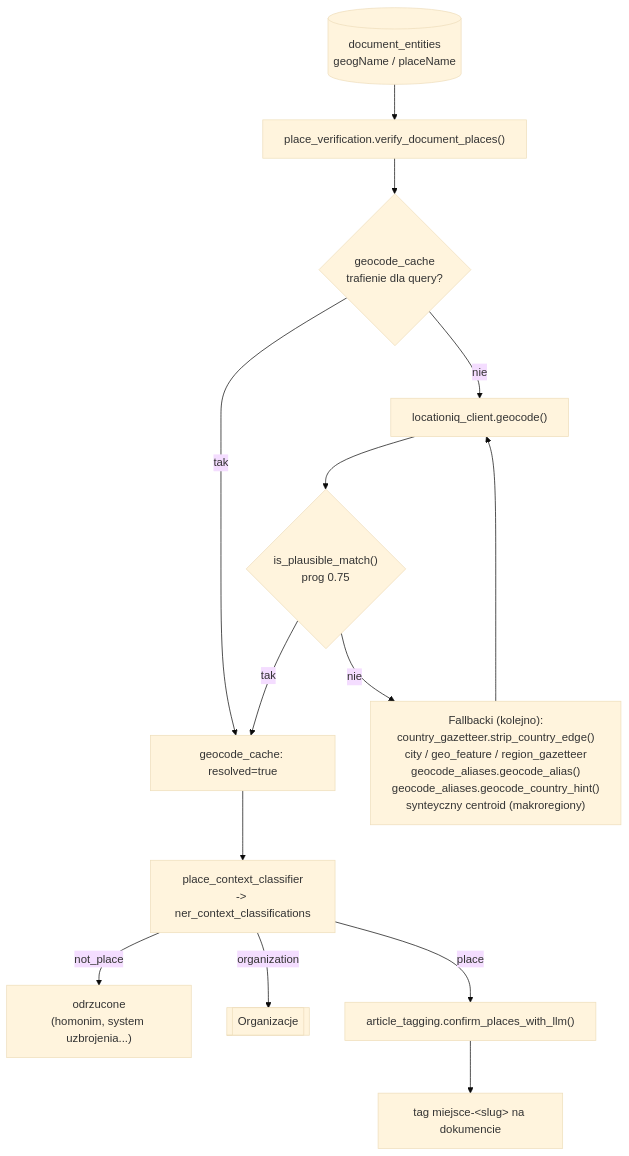
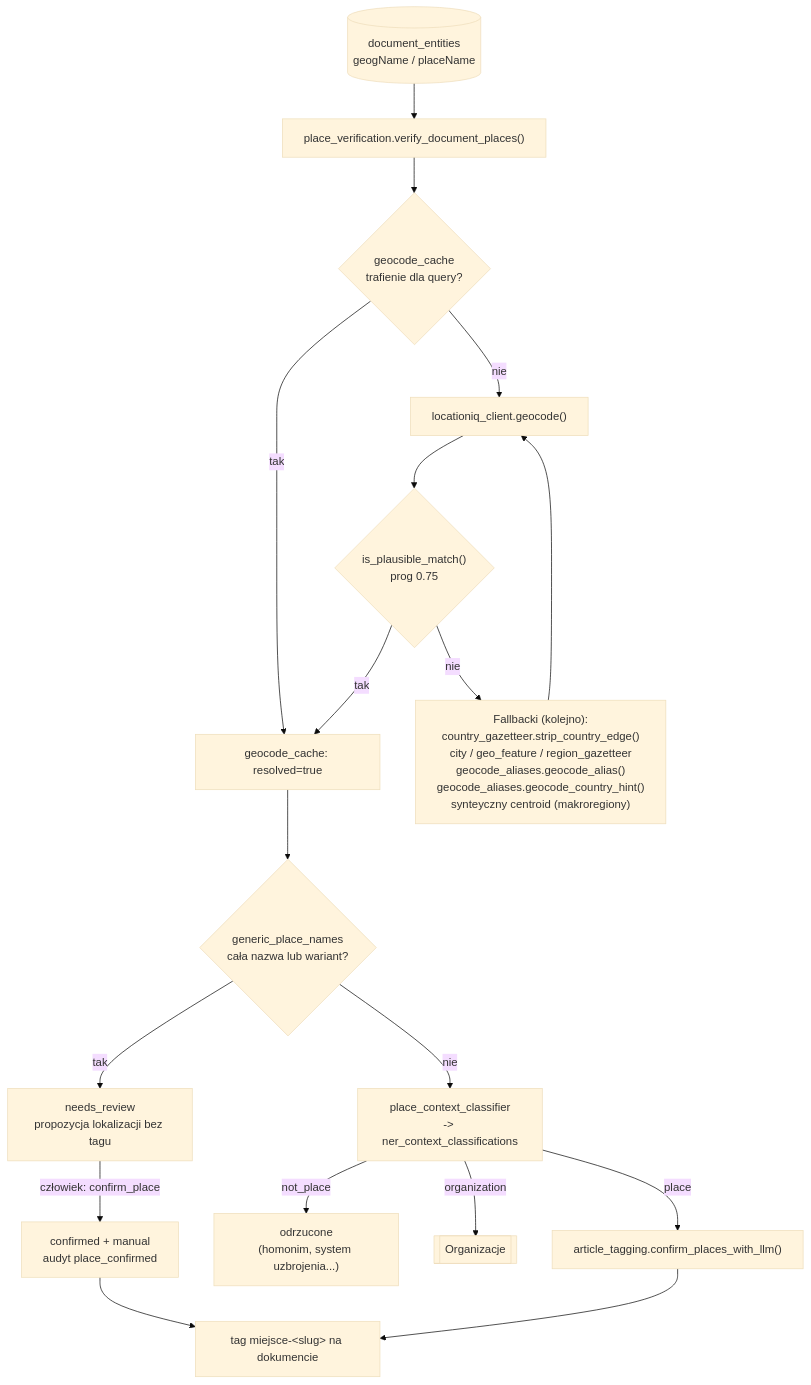
Before and after one commit to ziutus/ai_assistant_lenie: the second of 4 diagrams in docs/ner-entity-diagnose-case-log.md, drawn with Mermaid (base theme). The commit also changed other lines of this file and 20 other files, not shown here.

First line of the commit message:
feat(places): require human approval for generic place names (needs_review)

````diff
--- a/docs/ner-entity-diagnose-case-log.md
+++ b/docs/ner-entity-diagnose-case-log.md
@@ -58,16 +58,20 @@
 ```mermaid
 flowchart TD
     DE1[("document_entities<br/>geogName / placeName")] --> VDP["place_verification.verify_document_places()"]
     VDP --> GC{"geocode_cache<br/>trafienie dla query?"}
     GC -->|"tak"| RESOLVED["geocode_cache: resolved=true"]
     GC -->|"nie"| LIQ["locationiq_client.geocode()"]
     LIQ --> PLAUS{"is_plausible_match()<br/>prog 0.75"}
     PLAUS -->|"nie"| RETRY["Fallbacki (kolejno):<br/>country_gazetteer.strip_country_edge()<br/>city / geo_feature / region_gazetteer<br/>geocode_aliases.geocode_alias()<br/>geocode_aliases.geocode_country_hint()<br/>synteyczny centroid (makroregiony)"]
     RETRY --> LIQ
     PLAUS -->|"tak"| RESOLVED
-    RESOLVED --> CTX["place_context_classifier<br/>-> ner_context_classifications"]
+    RESOLVED --> GENERIC{"generic_place_names<br/>cała nazwa lub wariant?"}
+    GENERIC -->|"tak"| REVIEW["needs_review<br/>propozycja lokalizacji bez tagu"]
+    REVIEW -->|"człowiek: confirm_place"| CONFIRMED["confirmed + manual<br/>audyt place_confirmed"]
+    CONFIRMED --> TAG
+    GENERIC -->|"nie"| CTX["place_context_classifier<br/>-> ner_context_classifications"]
     CTX -->|"not_place"| DROP1["odrzucone<br/>(homonim, system uzbrojenia...)"]
     CTX -->|"organization"| ORG[["Organizacje"]]
     CTX -->|"place"| LLM["article_tagging.confirm_places_with_llm()"]
     LLM --> TAG["tag miejsce-&lt;slug&gt; na dokumencie"]
 ```
````
